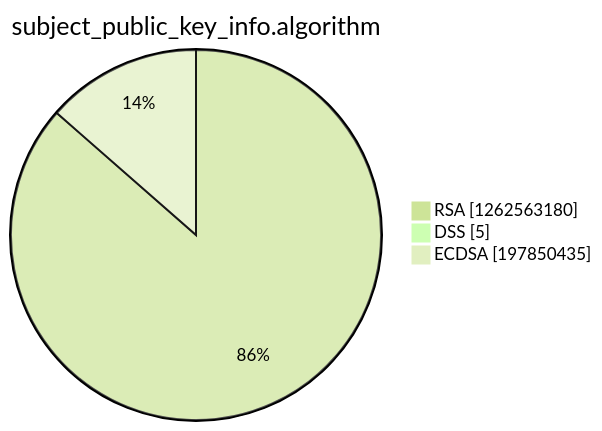
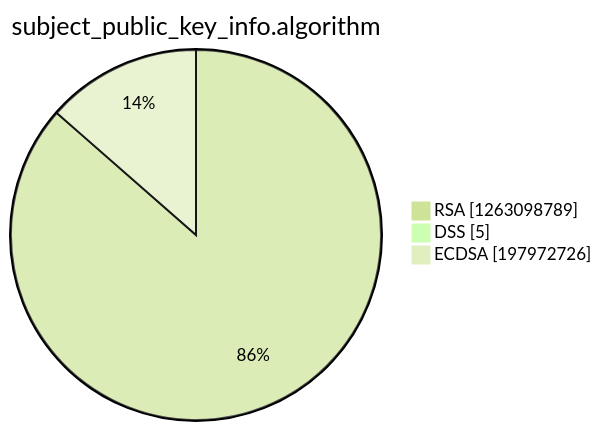
Before and after one commit to christiankrug/ctmonitor_visualization: the third of 15 diagrams in argon2022/README.md, drawn with Mermaid (forest theme). The commit also changed other lines of this file, not shown here.

````diff
--- a/argon2022/README.md
+++ b/argon2022/README.md
@@ -14,7 +14,7 @@
 ```mermaid
 pie showData
 title subject_public_key_info.algorithm
-"RSA" :1262563180
+"RSA" :1263098789
 "DSS" :5
-"ECDSA" :197850435
+"ECDSA" :197972726
 ```
````
